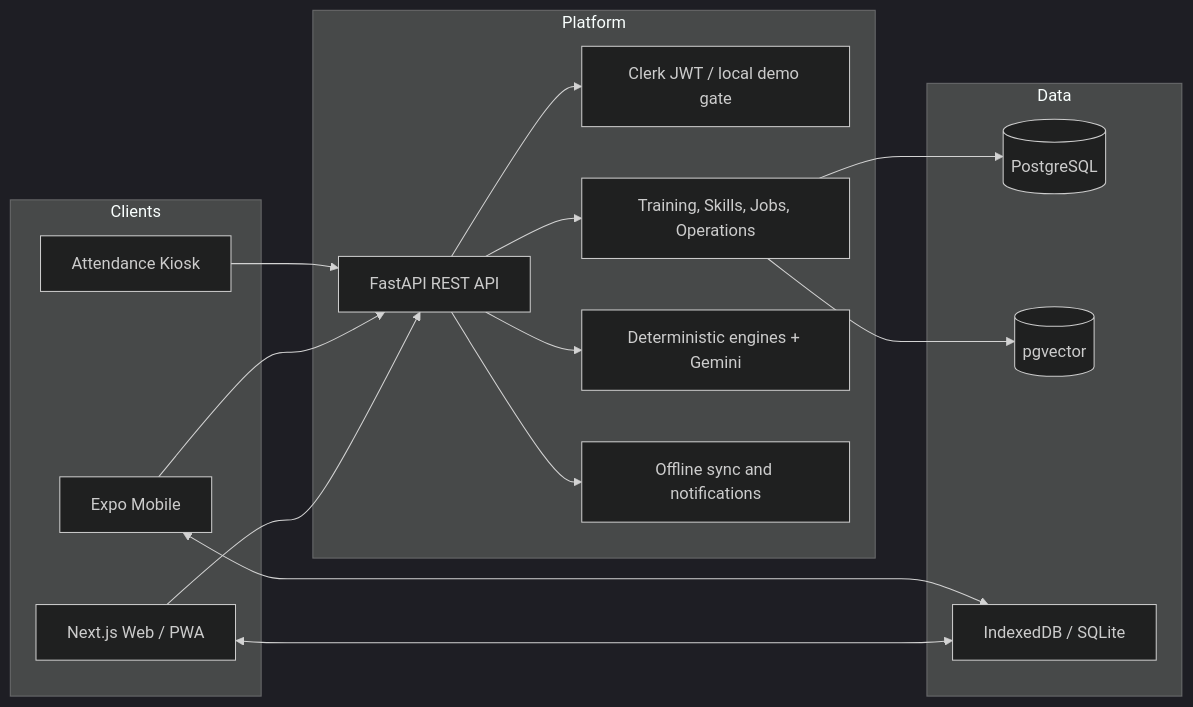
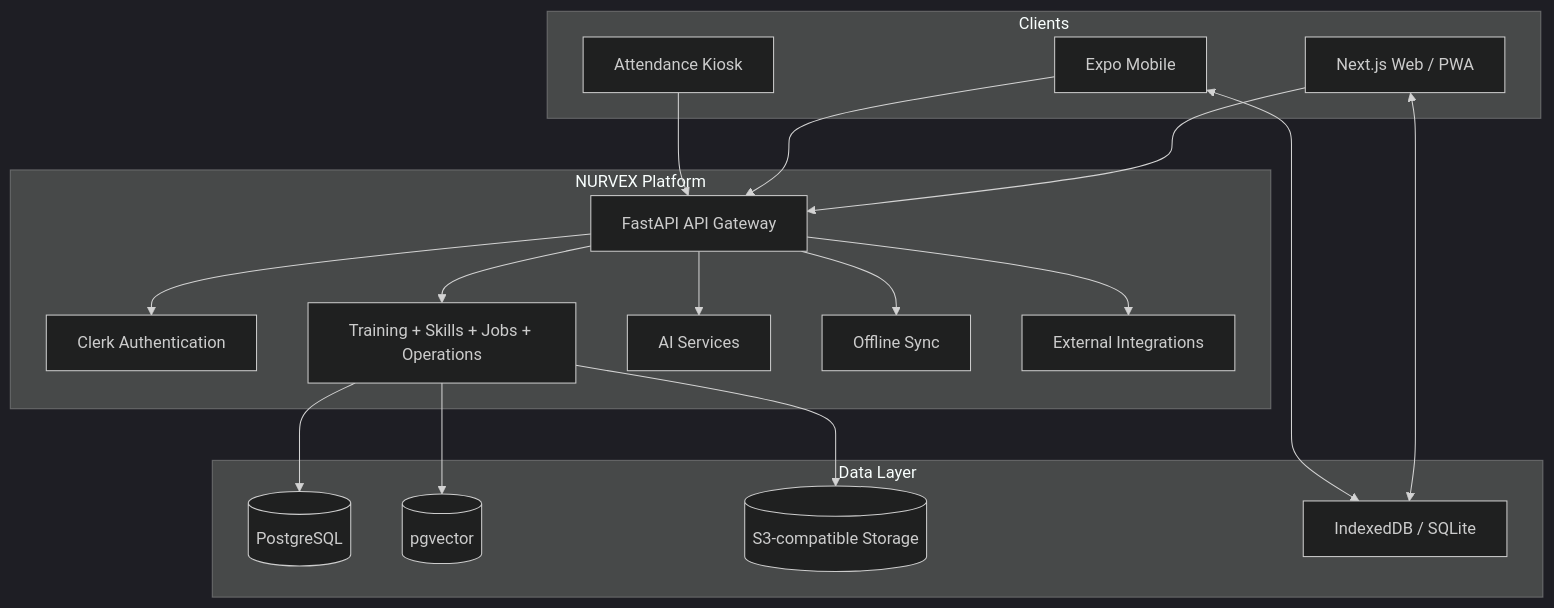
One commit to mittai17/Cooperative-EcoSystem changed the first of 2 diagrams in README.md. Above: the diagram before and after it, drawn with Mermaid (dark theme). The commit also changed other lines of this file, not shown here.

Commit message:
docs: overhaul README for NURVEX

````diff
--- a/README.md
+++ b/README.md
@@ -69,34 +319,41 @@
 ```mermaid
-flowchart LR
+flowchart TB
     subgraph Clients
         WEB[Next.js Web / PWA]
         MOBILE[Expo Mobile]
         KIOSK[Attendance Kiosk]
     end
 
-    subgraph Platform
-        API[FastAPI REST API]
-        AUTH[Clerk JWT / local demo gate]
-        DOMAIN[Training, Skills, Jobs, Operations]
-        AI[Deterministic engines + Gemini]
-        SYNC[Offline sync and notifications]
+    subgraph Backend["NURVEX Platform"]
+        API[FastAPI API Gateway]
+        AUTH[Clerk Authentication]
+        DOMAIN[Training + Skills + Jobs + Operations]
+        AI[AI Services]
+        SYNC[Offline Sync]
+        INTEGRATIONS[External Integrations]
     end
 
-    subgraph Data
+    subgraph Data["Data Layer"]
         PG[(PostgreSQL)]
         VECTOR[(pgvector)]
+        OBJECT[(S3-compatible Storage)]
         CACHE[IndexedDB / SQLite]
     end
 
     WEB --> API
     MOBILE --> API
     KIOSK --> API
+
     WEB <--> CACHE
     MOBILE <--> CACHE
+
     API --> AUTH
     API --> DOMAIN
     API --> AI
     API --> SYNC
+    API --> INTEGRATIONS
+
     DOMAIN --> PG
     DOMAIN --> VECTOR
+    DOMAIN --> OBJECT
 ```
````
